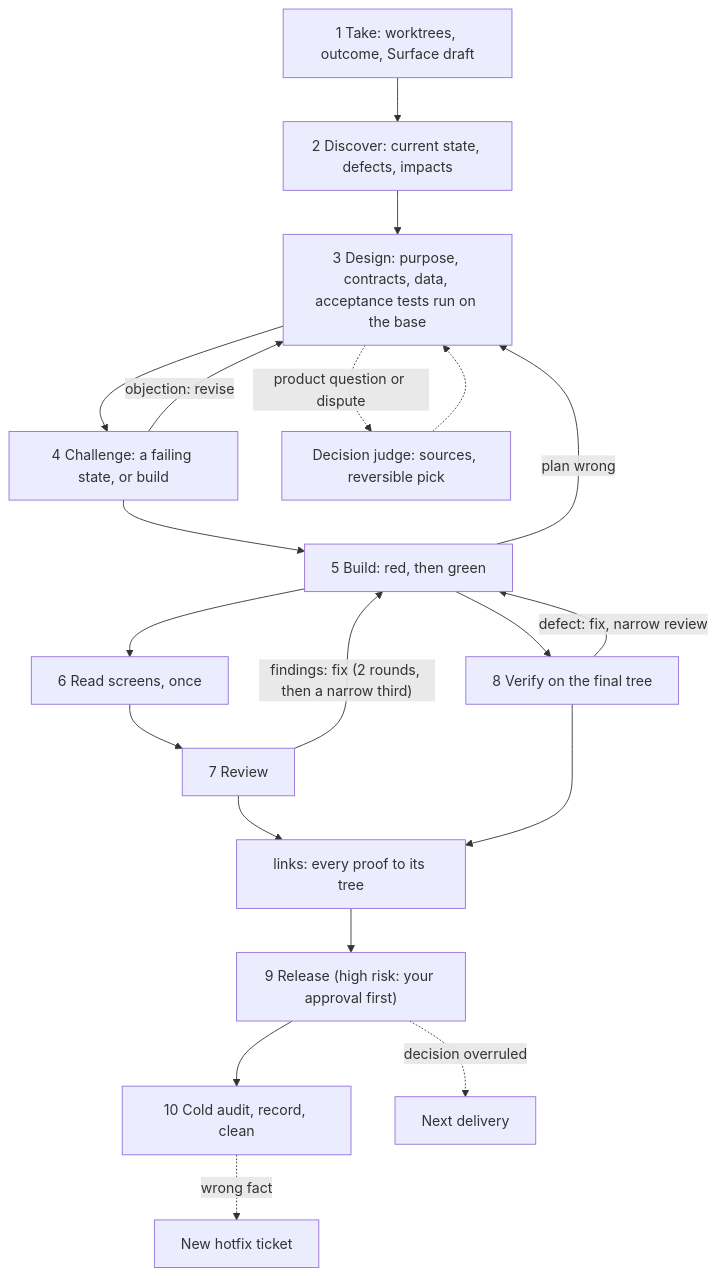
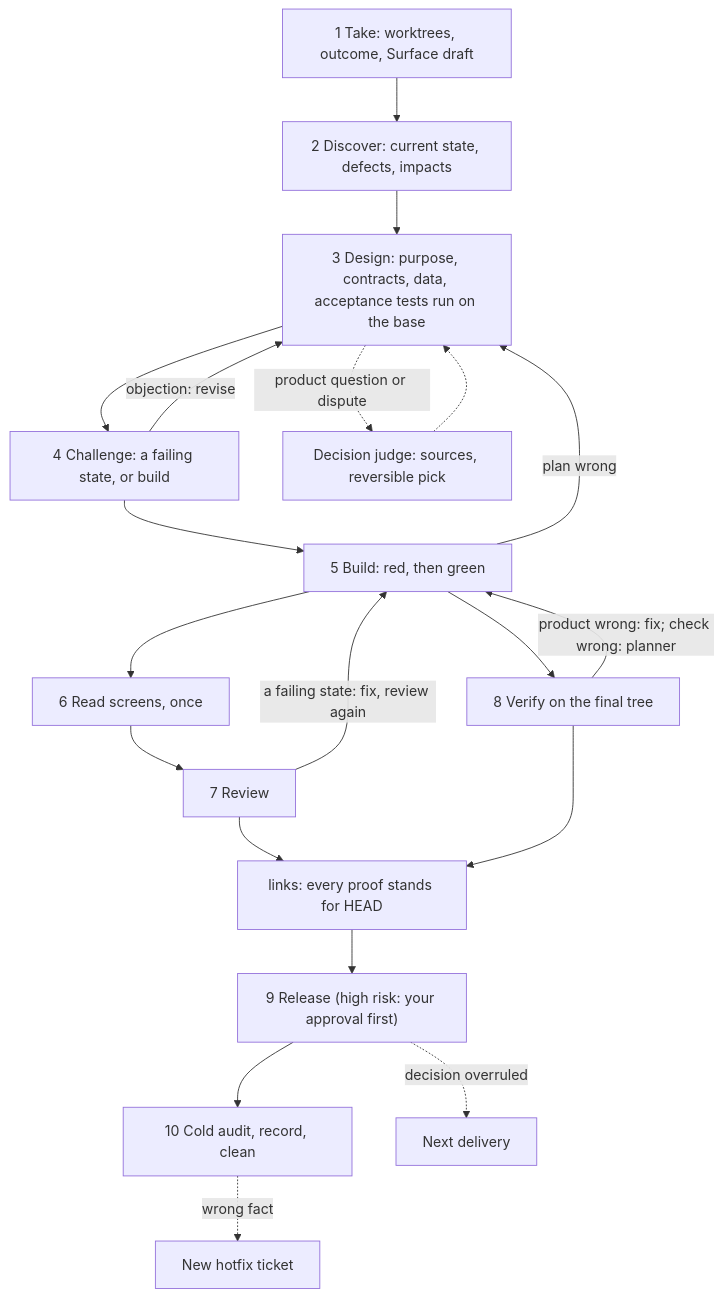
The diagram in README.md (o-m-a-r-k/agentic-workflow), drawn with Mermaid before and after one commit. The commit also changed other lines of this file and 16 other files, not shown here.

````diff
--- a/README.md
+++ b/README.md
@@ -23,22 +23,22 @@
 ```mermaid
 flowchart TD
   T["1 Take: worktrees, outcome, Surface draft"] --> Di["2 Discover: current state, defects, impacts"]
   Di --> De["3 Design: purpose, contracts, data, acceptance tests run on the base"]
   De --> Ch["4 Challenge: a failing state, or build"]
   Ch -- "objection: revise" --> De
   De -. "product question or dispute" .-> Dj["Decision judge: sources, reversible pick"]
   Dj -.-> De
   Ch --> B["5 Build: red, then green"]
   B -- "plan wrong" --> De
   B --> Rd["6 Read screens, once"]
   Rd --> Rv["7 Review"]
   B --> V["8 Verify on the final tree"]
-  Rv -- "findings: fix (2 rounds, then a narrow third)" --> B
-  V -- "defect: fix, narrow review" --> B
-  Rv --> L["links: every proof to its tree"]
+  Rv -- "a failing state: fix, review again" --> B
+  V -- "product wrong: fix; check wrong: planner" --> B
+  Rv --> L["links: every proof stands for HEAD"]
   V --> L
   L --> R["9 Release (high risk: your approval first)"]
   R --> A["10 Cold audit, record, clean"]
   A -. "wrong fact" .-> H["New hotfix ticket"]
   R -. "decision overruled" .-> N["Next delivery"]
 ```
````
